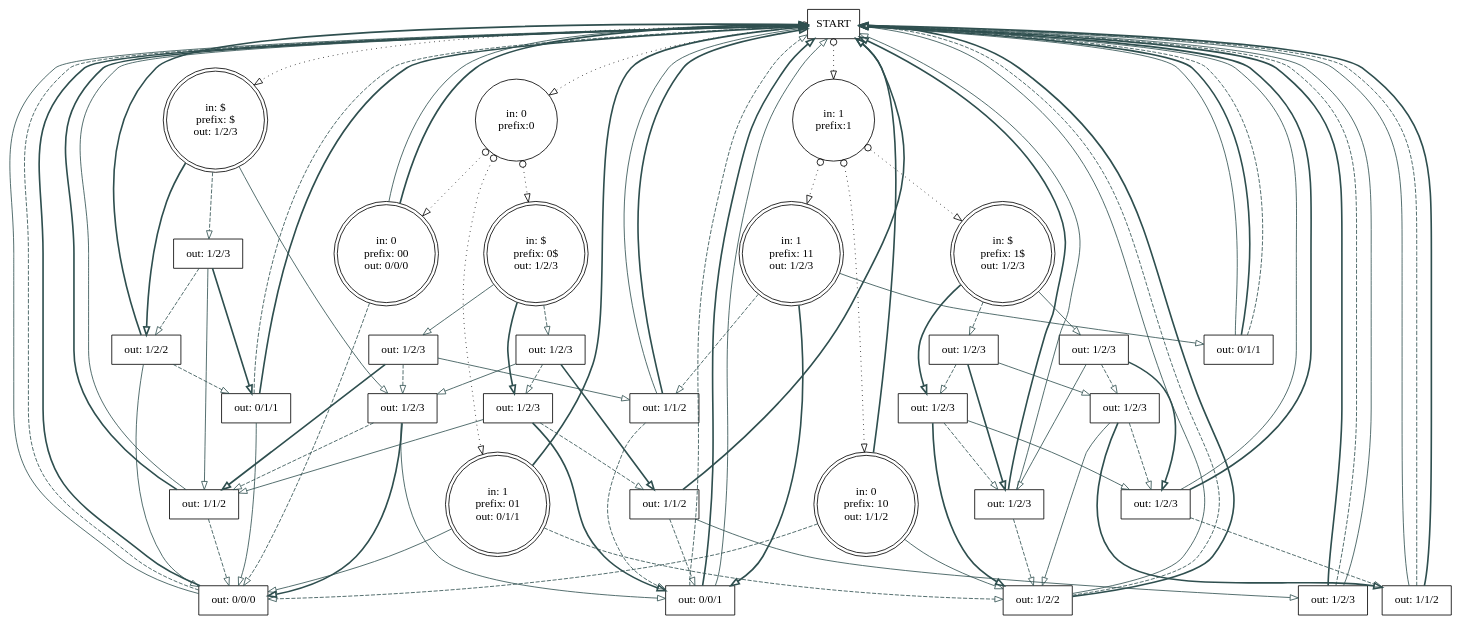
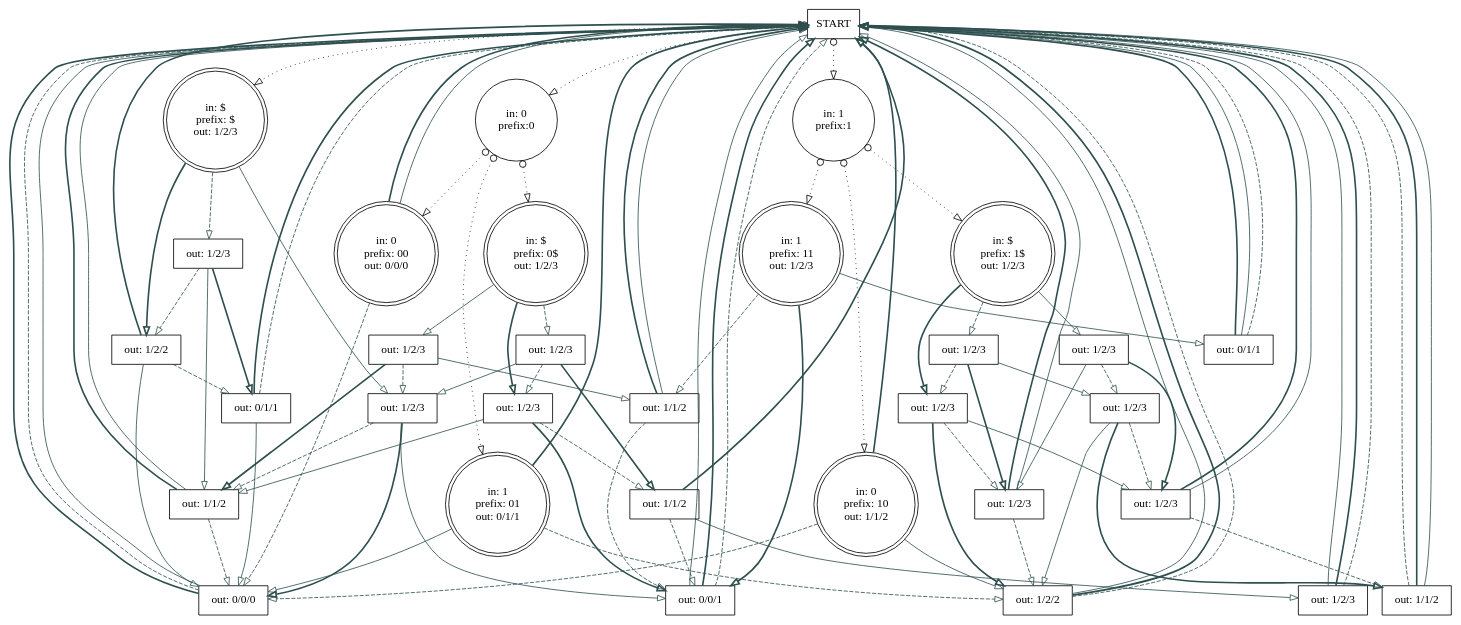
The diagram in doc/eof2.dot (ihh/dnastore), drawn with Graphviz before and after one commit. The commit also changed other lines of this file and 5 other files, not shown here.

```diff
--- a/doc/eof2.dot
+++ b/doc/eof2.dot
@@ -1,130 +1,130 @@
 digraph G {
  S [style=solid;shape=box;label="START"];
  P0 [style=solid;shape=circle;label="in: 0\nprefix:0"];
  P1 [style=solid;shape=circle;label="in: 1\nprefix:1"];
  Wx [style=solid;shape=doublecircle;label="in: $\nprefix: $\nout: 1/2/3"];
  W00 [style=solid;shape=doublecircle;label="in: 0\nprefix: 00\nout: 0/0/0"];
  W01 [style=solid;shape=doublecircle;label="in: 1\nprefix: 01\nout: 0/1/1"];
  W0x [style=solid;shape=doublecircle;label="in: $\nprefix: 0$\nout: 1/2/3"];
  W10 [style=solid;shape=doublecircle;label="in: 0\nprefix: 10\nout: 1/1/2"];
  W11 [style=solid;shape=doublecircle;label="in: 1\nprefix: 11\nout: 1/2/3"];
  W1x [style=solid;shape=doublecircle;label="in: $\nprefix: 1$\nout: 1/2/3"];
  C1 [style=solid;shape=box;label="out: 0/0/0"];
  C2 [style=solid;shape=box;label="out: 1/2/2"];
  C3 [style=solid;shape=box;label="out: 1/1/2"];
  C4 [style=solid;shape=box;label="out: 0/1/1"];
  C5 [style=solid;shape=box;label="out: 0/0/1"];
  C6 [style=solid;shape=box;label="out: 1/2/3"];
  C7 [style=solid;shape=box;label="out: 1/2/3"];
  C8 [style=solid;shape=box;label="out: 1/2/2"];
  C9 [style=solid;shape=box;label="out: 1/1/2"];
  C10 [style=solid;shape=box;label="out: 0/1/1"];
  C11 [style=solid;shape=box;label="out: 1/2/3"];
  C12 [style=solid;shape=box;label="out: 1/2/3"];
  C13 [style=solid;shape=box;label="out: 1/2/3"];
  C14 [style=solid;shape=box;label="out: 1/1/2"];
  C15 [style=solid;shape=box;label="out: 1/2/3"];
  C16 [style=solid;shape=box;label="out: 1/2/3"];
  C17 [style=solid;shape=box;label="out: 1/2/3"];
  C18 [style=solid;shape=box;label="out: 1/2/3"];
  C19 [style=solid;shape=box;label="out: 1/2/3"];
  C20 [style=solid;shape=box;label="out: 1/2/3"];
  C21 [style=solid;shape=box;label="out: 1/2/3"];
  C22 [style=solid;shape=box;label="out: 1/1/2"];
  S -> Wx [style=dotted;color=black;dir=both;arrowtail=odot;arrowhead=empty;];
+ S -> P1 [style=dotted;color=black;dir=both;arrowtail=odot;arrowhead=empty;];
  S -> P0 [style=dotted;color=black;dir=both;arrowtail=odot;arrowhead=empty;];
- S -> P1 [style=dotted;color=black;dir=both;arrowtail=odot;arrowhead=empty;];
+ P0 -> W00 [style=dotted;color=black;dir=both;arrowtail=odot;arrowhead=empty;];
  P0 -> W01 [style=dotted;color=black;dir=both;arrowtail=odot;arrowhead=empty;];
  P0 -> W0x [style=dotted;color=black;dir=both;arrowtail=odot;arrowhead=empty;];
- P0 -> W00 [style=dotted;color=black;dir=both;arrowtail=odot;arrowhead=empty;];
+ P1 -> W1x [style=dotted;color=black;dir=both;arrowtail=odot;arrowhead=empty;];
  P1 -> W10 [style=dotted;color=black;dir=both;arrowtail=odot;arrowhead=empty;];
- P1 -> W1x [style=dotted;color=black;dir=both;arrowtail=odot;arrowhead=empty;];
  P1 -> W11 [style=dotted;color=black;dir=both;arrowtail=odot;arrowhead=empty;];
+ Wx -> C8 [style=bold;color=darkslategray;arrowhead=empty;];
+ Wx -> C6 [style=dashed;color=darkslategray;arrowhead=empty;];
  Wx -> C7 [style=solid;color=darkslategray;arrowhead=empty;];
- Wx -> C6 [style=dashed;color=darkslategray;arrowhead=empty;];
- Wx -> C8 [style=bold;color=darkslategray;arrowhead=empty;];
- W00 -> S [style=solid;color=darkslategray;arrowhead=empty;];
  W00 -> C1 [style=dashed;color=darkslategray;arrowhead=empty;];
  W00 -> S [style=bold;color=darkslategray;arrowhead=empty;];
+ W00 -> S [style=solid;color=darkslategray;arrowhead=empty;];
+ W01 -> C1 [style=solid;color=darkslategray;arrowhead=empty;];
+ W01 -> S [style=bold;color=darkslategray;arrowhead=empty;];
  W01 -> C2 [style=dashed;color=darkslategray;arrowhead=empty;];
- W01 -> S [style=bold;color=darkslategray;arrowhead=empty;];
- W01 -> C1 [style=solid;color=darkslategray;arrowhead=empty;];
- W0x -> C13 [style=bold;color=darkslategray;arrowhead=empty;];
  W0x -> C12 [style=solid;color=darkslategray;arrowhead=empty;];
  W0x -> C11 [style=dashed;color=darkslategray;arrowhead=empty;];
- W10 -> C1 [style=dashed;color=darkslategray;arrowhead=empty;];
+ W0x -> C13 [style=bold;color=darkslategray;arrowhead=empty;];
  W10 -> C2 [style=solid;color=darkslategray;arrowhead=empty;];
  W10 -> S [style=bold;color=darkslategray;arrowhead=empty;];
+ W10 -> C1 [style=dashed;color=darkslategray;arrowhead=empty;];
  W11 -> C3 [style=dashed;color=darkslategray;arrowhead=empty;];
+ W11 -> C5 [style=bold;color=darkslategray;arrowhead=empty;];
  W11 -> C4 [style=solid;color=darkslategray;arrowhead=empty;];
- W11 -> C5 [style=bold;color=darkslategray;arrowhead=empty;];
  W1x -> C16 [style=dashed;color=darkslategray;arrowhead=empty;];
+ W1x -> C18 [style=bold;color=darkslategray;arrowhead=empty;];
  W1x -> C17 [style=solid;color=darkslategray;arrowhead=empty;];
- W1x -> C18 [style=bold;color=darkslategray;arrowhead=empty;];
+ C1 -> S [style=bold;color=darkslategray;arrowhead=empty;];
+ C1 -> S [style=dashed;color=darkslategray;arrowhead=empty;];
  C1 -> S [style=solid;color=darkslategray;arrowhead=empty;];
- C1 -> S [style=dashed;color=darkslategray;arrowhead=empty;];
- C1 -> S [style=bold;color=darkslategray;arrowhead=empty;];
  C2 -> S [style=solid;color=darkslategray;arrowhead=empty;];
+ C2 -> S [style=bold;color=darkslategray;arrowhead=empty;];
  C2 -> S [style=dashed;color=darkslategray;arrowhead=empty;];
- C2 -> S [style=bold;color=darkslategray;arrowhead=empty;];
+ C3 -> S [style=bold;color=darkslategray;arrowhead=empty;];
+ C3 -> S [style=solid;color=darkslategray;arrowhead=empty;];
  C3 -> C5 [style=dashed;color=darkslategray;arrowhead=empty;];
- C3 -> S [style=solid;color=darkslategray;arrowhead=empty;];
- C3 -> S [style=bold;color=darkslategray;arrowhead=empty;];
+ C4 -> S [style=bold;color=darkslategray;arrowhead=empty;];
  C4 -> S [style=solid;color=darkslategray;arrowhead=empty;];
- C4 -> S [style=bold;color=darkslategray;arrowhead=empty;];
  C4 -> S [style=dashed;color=darkslategray;arrowhead=empty;];
+ C5 -> S [style=solid;color=darkslategray;arrowhead=empty;];
+ C5 -> S [style=bold;color=darkslategray;arrowhead=empty;];
  C5 -> S [style=dashed;color=darkslategray;arrowhead=empty;];
- C5 -> S [style=bold;color=darkslategray;arrowhead=empty;];
- C5 -> S [style=solid;color=darkslategray;arrowhead=empty;];
+ C6 -> C10 [style=bold;color=darkslategray;arrowhead=empty;];
+ C6 -> C8 [style=dashed;color=darkslategray;arrowhead=empty;];
  C6 -> C9 [style=solid;color=darkslategray;arrowhead=empty;];
- C6 -> C8 [style=dashed;color=darkslategray;arrowhead=empty;];
- C6 -> C10 [style=bold;color=darkslategray;arrowhead=empty;];
- C7 -> C9 [style=dashed;color=darkslategray;arrowhead=empty;];
  C7 -> C5 [style=solid;color=darkslategray;arrowhead=empty;];
  C7 -> C1 [style=bold;color=darkslategray;arrowhead=empty;];
+ C7 -> C9 [style=dashed;color=darkslategray;arrowhead=empty;];
  C8 -> C10 [style=dashed;color=darkslategray;arrowhead=empty;];
+ C8 -> S [style=bold;color=darkslategray;arrowhead=empty;];
  C8 -> C1 [style=solid;color=darkslategray;arrowhead=empty;];
- C8 -> S [style=bold;color=darkslategray;arrowhead=empty;];
+ C9 -> C1 [style=dashed;color=darkslategray;arrowhead=empty;];
  C9 -> S [style=bold;color=darkslategray;arrowhead=empty;];
- C9 -> C1 [style=dashed;color=darkslategray;arrowhead=empty;];
  C9 -> S [style=solid;color=darkslategray;arrowhead=empty;];
- C10 -> S [style=dashed;color=darkslategray;arrowhead=empty;];
  C10 -> C1 [style=solid;color=darkslategray;arrowhead=empty;];
  C10 -> S [style=bold;color=darkslategray;arrowhead=empty;];
+ C10 -> S [style=dashed;color=darkslategray;arrowhead=empty;];
  C11 -> C14 [style=bold;color=darkslategray;arrowhead=empty;];
  C11 -> C13 [style=dashed;color=darkslategray;arrowhead=empty;];
  C11 -> C7 [style=solid;color=darkslategray;arrowhead=empty;];
- C12 -> C7 [style=dashed;color=darkslategray;arrowhead=empty;];
  C12 -> C3 [style=solid;color=darkslategray;arrowhead=empty;];
  C12 -> C9 [style=bold;color=darkslategray;arrowhead=empty;];
+ C12 -> C7 [style=dashed;color=darkslategray;arrowhead=empty;];
  C13 -> C5 [style=bold;color=darkslategray;arrowhead=empty;];
  C13 -> C14 [style=dashed;color=darkslategray;arrowhead=empty;];
  C13 -> C9 [style=solid;color=darkslategray;arrowhead=empty;];
  C14 -> S [style=bold;color=darkslategray;arrowhead=empty;];
+ C14 -> C15 [style=solid;color=darkslategray;arrowhead=empty;];
  C14 -> C5 [style=dashed;color=darkslategray;arrowhead=empty;];
- C14 -> C15 [style=solid;color=darkslategray;arrowhead=empty;];
+ C15 -> S [style=solid;color=darkslategray;arrowhead=empty;];
  C15 -> S [style=bold;color=darkslategray;arrowhead=empty;];
  C15 -> S [style=dashed;color=darkslategray;arrowhead=empty;];
- C15 -> S [style=solid;color=darkslategray;arrowhead=empty;];
+ C16 -> C20 [style=bold;color=darkslategray;arrowhead=empty;];
  C16 -> C18 [style=dashed;color=darkslategray;arrowhead=empty;];
  C16 -> C19 [style=solid;color=darkslategray;arrowhead=empty;];
- C16 -> C20 [style=bold;color=darkslategray;arrowhead=empty;];
+ C17 -> C19 [style=dashed;color=darkslategray;arrowhead=empty;];
  C17 -> C21 [style=bold;color=darkslategray;arrowhead=empty;];
- C17 -> C19 [style=dashed;color=darkslategray;arrowhead=empty;];
  C17 -> C20 [style=solid;color=darkslategray;arrowhead=empty;];
  C18 -> C21 [style=solid;color=darkslategray;arrowhead=empty;];
  C18 -> C20 [style=dashed;color=darkslategray;arrowhead=empty;];
  C18 -> C2 [style=bold;color=darkslategray;arrowhead=empty;];
  C19 -> C22 [style=bold;color=darkslategray;arrowhead=empty;];
  C19 -> C21 [style=dashed;color=darkslategray;arrowhead=empty;];
  C19 -> C2 [style=solid;color=darkslategray;arrowhead=empty;];
+ C20 -> C2 [style=dashed;color=darkslategray;arrowhead=empty;];
  C20 -> S [style=bold;color=darkslategray;arrowhead=empty;];
  C20 -> S [style=solid;color=darkslategray;arrowhead=empty;];
- C20 -> C2 [style=dashed;color=darkslategray;arrowhead=empty;];
+ C21 -> S [style=bold;color=darkslategray;arrowhead=empty;];
+ C21 -> C22 [style=dashed;color=darkslategray;arrowhead=empty;];
  C21 -> S [style=solid;color=darkslategray;arrowhead=empty;];
- C21 -> C22 [style=dashed;color=darkslategray;arrowhead=empty;];
- C21 -> S [style=bold;color=darkslategray;arrowhead=empty;];
- C22 -> S [style=solid;color=darkslategray;arrowhead=empty;];
  C22 -> S [style=dashed;color=darkslategray;arrowhead=empty;];
  C22 -> S [style=bold;color=darkslategray;arrowhead=empty;];
+ C22 -> S [style=solid;color=darkslategray;arrowhead=empty;];
 }
```
